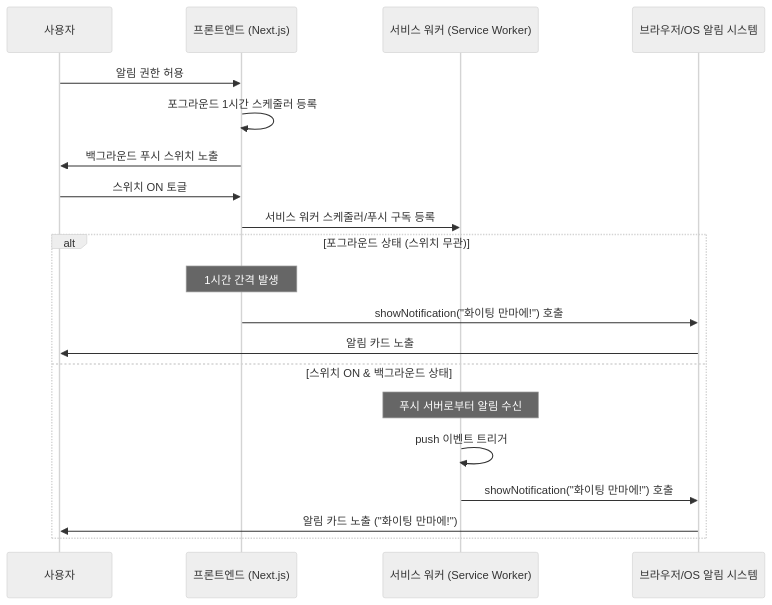
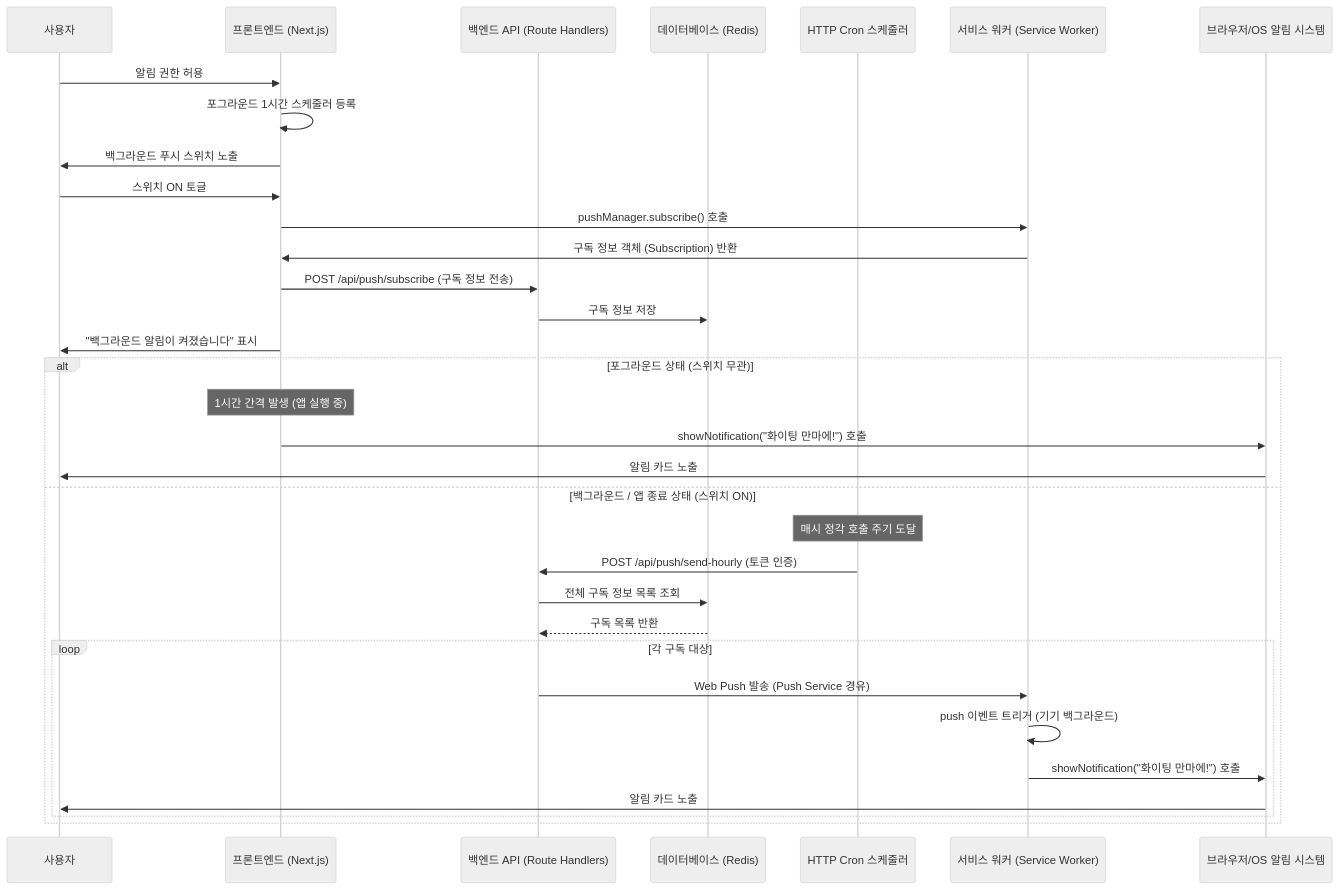
Before and after one commit to mann-lab-apps/dimmer-switch: the second of 2 diagrams in docs/user-flow/push_notification_flow.md, drawn with Mermaid (neutral theme). The commit also changed other lines of this file and 11 other files, not shown here.

Commit message:
feat: 서버리스 Redis 및 외부 크론 기반 백그라운드 웹 푸시 알림 연동

````diff
--- a/docs/user-flow/push_notification_flow.md
+++ b/docs/user-flow/push_notification_flow.md
@@ -34,24 +34,39 @@
 ```mermaid
 sequenceDiagram
     participant User as 사용자
     participant Front as 프론트엔드 (Next.js)
+    participant Server as 백엔드 API (Route Handlers)
+    participant DB as 데이터베이스 (Redis)
+    participant Cron as HTTP Cron 스케줄러
     participant SW as 서비스 워커 (Service Worker)
     participant OS as 브라우저/OS 알림 시스템
     
     User->>Front: 알림 권한 허용
     Front->>Front: 포그라운드 1시간 스케줄러 등록
     Front->>User: 백그라운드 푸시 스위치 노출
+    
+    %% 백그라운드 푸시 On
     User->>Front: 스위치 ON 토글
-    Front->>SW: 서비스 워커 스케줄러/푸시 구독 등록
-    
+    Front->>SW: pushManager.subscribe() 호출
+    SW->>Front: 구독 정보 객체 (Subscription) 반환
+    Front->>Server: POST /api/push/subscribe (구독 정보 전송)
+    Server->>DB: 구독 정보 저장
+    Front->>User: "백그라운드 알림이 켜졌습니다" 표시
+
     alt 포그라운드 상태 (스위치 무관)
-        Note over Front: 1시간 간격 발생
+        Note over Front: 1시간 간격 발생 (앱 실행 중)
         Front->>OS: showNotification("화이팅 만마에!") 호출
         OS->>User: 알림 카드 노출
-    else 스위치 ON & 백그라운드 상태
-        Note over SW: 푸시 서버로부터 알림 수신
-        SW->>SW: push 이벤트 트리거
-        SW->>OS: showNotification("화이팅 만마에!") 호출
-        OS->>User: 알림 카드 노출 ("화이팅 만마에!")
+    else 백그라운드 / 앱 종료 상태 (스위치 ON)
+        Note over Cron: 매시 정각 호출 주기 도달
+        Cron->>Server: POST /api/push/send-hourly (토큰 인증)
+        Server->>DB: 전체 구독 정보 목록 조회
+        DB-->>Server: 구독 목록 반환
+        loop 각 구독 대상
+            Server->>SW: Web Push 발송 (Push Service 경유)
+            SW->>SW: push 이벤트 트리거 (기기 백그라운드)
+            SW->>OS: showNotification("화이팅 만마에!") 호출
+            OS->>User: 알림 카드 노출
+        end
     end
 ```
````
